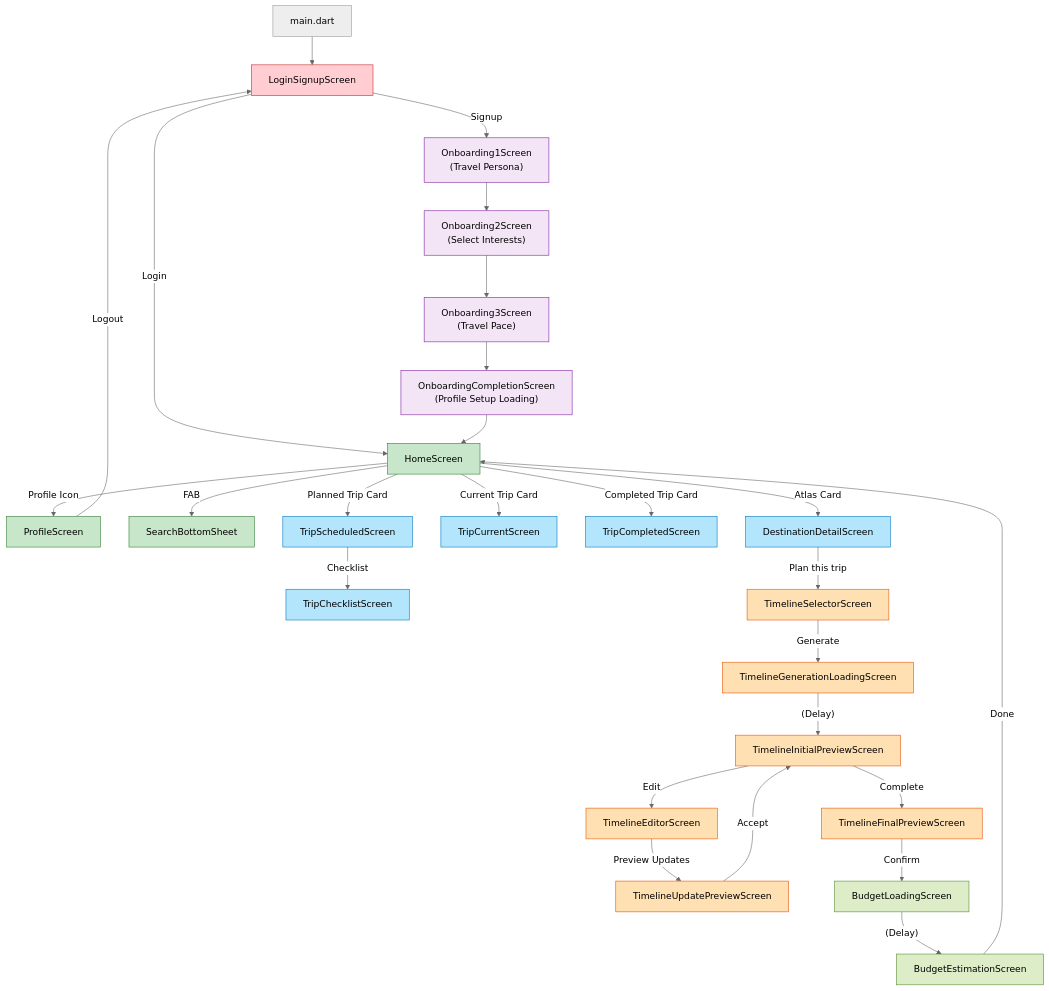
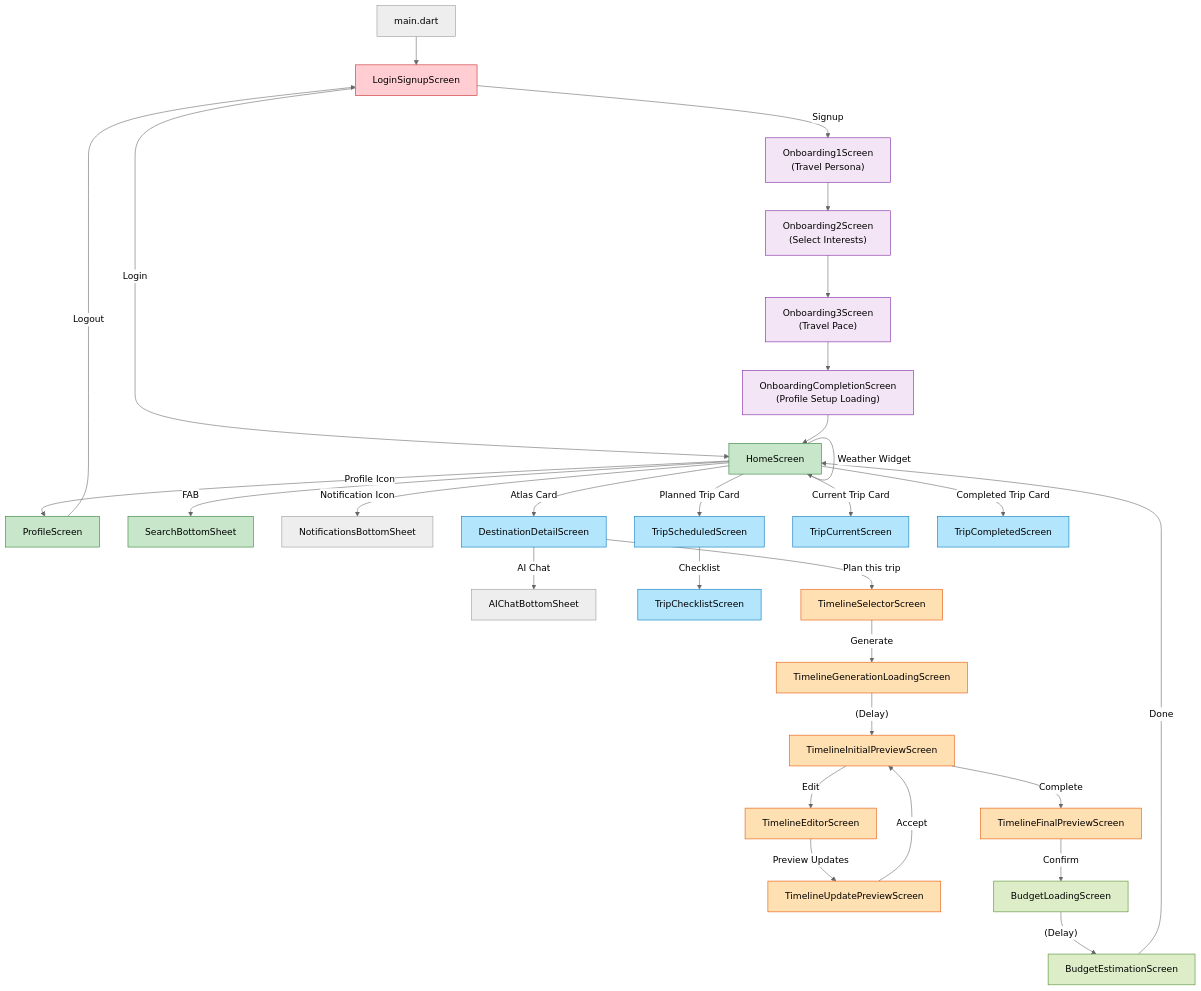
The fifth of 12 diagrams in diagrams.md (Swapnil-Pramanik/Itinera-2), drawn with Mermaid (neutral theme) before and after one commit. The commit also changed other lines of this file and 1 other file, not shown here.

````diff
--- a/diagrams.md
+++ b/diagrams.md
@@ -301,64 +312,67 @@
 ```mermaid
 graph TD
     Entry["main.dart"] --> Auth["LoginSignupScreen"]
 
     %% Authentication Flow
     Auth -- "Login" --> Home["HomeScreen"]
     Auth -- "Signup" --> Onb1["Onboarding1Screen<br/>(Travel Persona)"]
 
     %% Onboarding Flow
     Onb1 --> Onb2["Onboarding2Screen<br/>(Select Interests)"]
     Onb2 --> Onb3["Onboarding3Screen<br/>(Travel Pace)"]
     Onb3 --> OnbComp["OnboardingCompletionScreen<br/>(Profile Setup Loading)"]
     OnbComp --> Home
 
     %% Home Screen Interactions
     Home -- "Profile Icon" --> Profile["ProfileScreen"]
     Profile -- "Logout" --> Auth
     Home -- "FAB" --> Search["SearchBottomSheet"]
+    Home -- "Weather Widget" --> Home
+    Home -- "Notification Icon" --> Notif["NotificationsBottomSheet"]
+    DestDetail -- "AI Chat" --> AiChat["AIChatBottomSheet"]
 
     %% Trip Management
     Home -- "Planned Trip Card" --> TripSched["TripScheduledScreen"]
     Home -- "Current Trip Card" --> TripCurr["TripCurrentScreen"]
     Home -- "Completed Trip Card" --> TripComp["TripCompletedScreen"]
     TripSched -- "Checklist" --> TripCheck["TripChecklistScreen"]
 
     %% New Trip Planning (The Atlas)
     Home -- "Atlas Card" --> DestDetail["DestinationDetailScreen"]
     DestDetail -- "Plan this trip" --> TimeSel["TimelineSelectorScreen"]
     TimeSel -- "Generate" --> TimeLoad["TimelineGenerationLoadingScreen"]
     TimeLoad -- "(Delay)" --> TimeInit["TimelineInitialPreviewScreen"]
 
     %% Timeline Editing
     TimeInit -- "Edit" --> TimeEdit["TimelineEditorScreen"]
     TimeEdit -- "Preview Updates" --> TimeUpdate["TimelineUpdatePreviewScreen"]
     TimeUpdate -- "Accept" --> TimeInit
     TimeInit -- "Complete" --> TimeFinal["TimelineFinalPreviewScreen"]
 
     %% Budget Estimation
     TimeFinal -- "Confirm" --> BudgetLoad["BudgetLoadingScreen"]
     BudgetLoad -- "(Delay)" --> Budget["BudgetEstimationScreen"]
     Budget -- "Done" --> Home
 
     style Auth fill:#FFCDD2,stroke:#C62828
     style Onb1 fill:#F3E5F5,stroke:#7B1FA2
     style Onb2 fill:#F3E5F5,stroke:#7B1FA2
     style Onb3 fill:#F3E5F5,stroke:#7B1FA2
     style OnbComp fill:#F3E5F5,stroke:#7B1FA2
     style Home fill:#C8E6C9,stroke:#2E7D32
     style Profile fill:#C8E6C9,stroke:#2E7D32
     style Search fill:#C8E6C9,stroke:#2E7D32
     style TripSched fill:#B3E5FC,stroke:#0277BD
     style TripCurr fill:#B3E5FC,stroke:#0277BD
     style TripComp fill:#B3E5FC,stroke:#0277BD
     style TripCheck fill:#B3E5FC,stroke:#0277BD
     style DestDetail fill:#B3E5FC,stroke:#0277BD
     style TimeSel fill:#FFE0B2,stroke:#E65100
     style TimeLoad fill:#FFE0B2,stroke:#E65100
     style TimeInit fill:#FFE0B2,stroke:#E65100
     style TimeEdit fill:#FFE0B2,stroke:#E65100
     style TimeUpdate fill:#FFE0B2,stroke:#E65100
     style TimeFinal fill:#FFE0B2,stroke:#E65100
     style BudgetLoad fill:#DCEDC8,stroke:#558B2F
     style Budget fill:#DCEDC8,stroke:#558B2F
 ```
````
